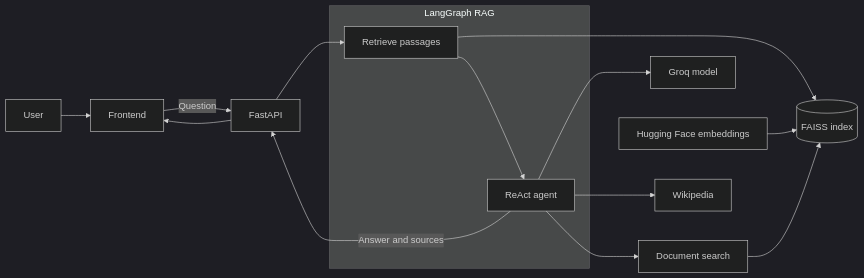
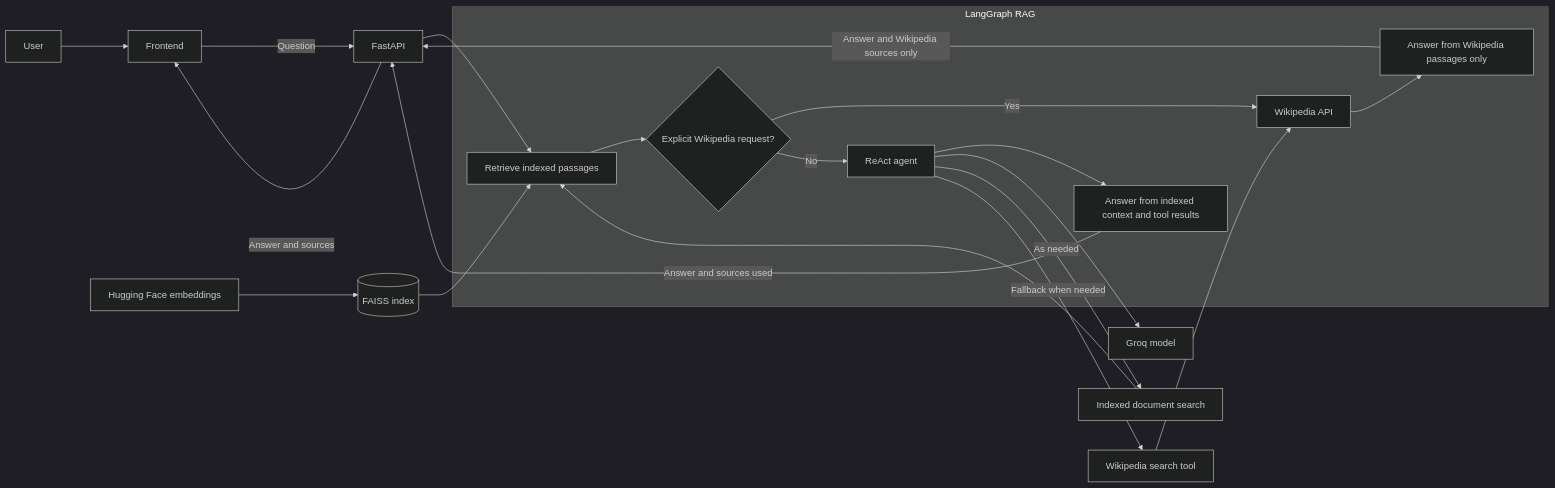
The diagram in README.md (proindra/ContextIQ.ai), drawn with Mermaid (dark theme) before and after one commit. The commit also changed other lines of this file and 2 other files, not shown here.

Commit message:
Use Wikipedia-only sources for explicit requests

````diff
--- a/README.md
+++ b/README.md
@@ -168,17 +168,23 @@
 ```mermaid
 flowchart LR
     User --> UI[Frontend]
     UI -->|Question| API[FastAPI]
-    API --> Retriever
+    API --> Retrieve
     subgraph Workflow["LangGraph RAG"]
-        Retriever[Retrieve passages] --> Agent[ReAct agent]
+        Retrieve[Retrieve indexed passages] --> Responder{Explicit Wikipedia request?}
+        Responder -->|Yes| WikiLookup[Wikipedia API]
+        WikiLookup --> WikiAnswer[Answer from Wikipedia passages only]
+        Responder -->|No| Agent[ReAct agent]
+        Agent --> AgentAnswer[Answer from indexed context and tool results]
     end
-    Retriever --> Index[(FAISS index)]
+    Index[(FAISS index)] --> Retrieve
     Embeddings[Hugging Face embeddings] --> Index
     Agent --> Groq[Groq model]
-    Agent --> Docs[Document search]
-    Agent --> Wiki[Wikipedia]
-    Docs --> Index
-    Agent -->|Answer and sources| API
-    API --> UI
+    Agent -->|As needed| DocSearch[Indexed document search]
+    DocSearch --> Retrieve
+    Agent -->|Fallback when needed| WikiTool[Wikipedia search tool]
+    WikiTool --> WikiLookup
+    WikiAnswer -->|Answer and Wikipedia sources only| API
+    AgentAnswer -->|Answer and sources used| API
+    API -->|Answer and sources| UI
 ```
````
